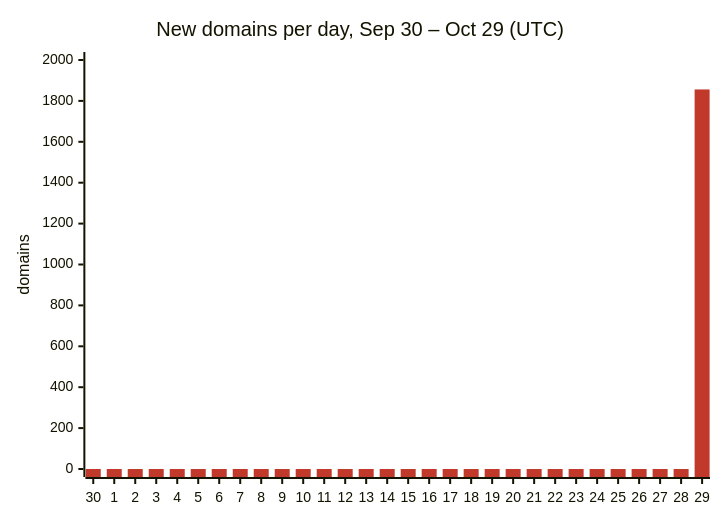
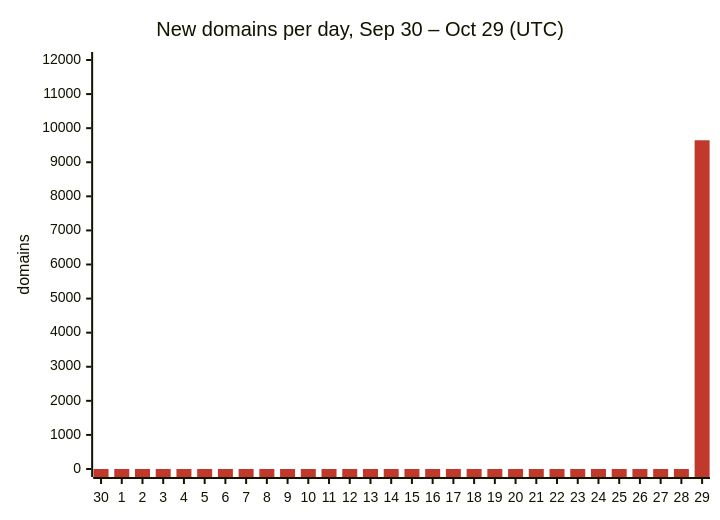
The first of 2 diagrams in README.md (DNSBunker/CTI), drawn with Mermaid before and after one commit. The commit also changed other lines of this file and 3 other files, not shown here.

````diff
--- a/README.md
+++ b/README.md
@@ -29,8 +29,8 @@
 ```mermaid
 %%{init: {"themeVariables": {"xyChart": {"plotColorPalette": "#c0392b"}}}}%%
 xychart-beta
     title "New domains per day, Sep 30 – Oct 29 (UTC)"
     x-axis ["30", "1", "2", "3", "4", "5", "6", "7", "8", "9", "10", "11", "12", "13", "14", "15", "16", "17", "18", "19", "20", "21", "22", "23", "24", "25", "26", "27", "28", "29"]
-    y-axis "domains" 0 --> 2000
-    bar [0, 0, 0, 0, 0, 0, 0, 0, 0, 0, 0, 0, 0, 0, 0, 0, 0, 0, 0, 0, 0, 0, 0, 0, 0, 0, 0, 0, 0, 1856]
+    y-axis "domains" 0 --> 12000
+    bar [0, 0, 0, 0, 0, 0, 0, 0, 0, 0, 0, 0, 0, 0, 0, 0, 0, 0, 0, 0, 0, 0, 0, 0, 0, 0, 0, 0, 0, 9645]
 ```
````
